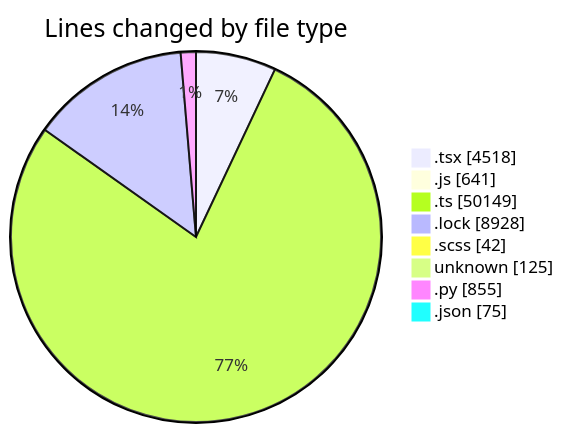
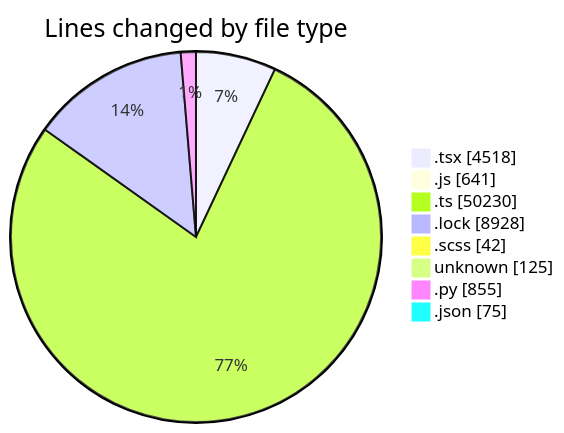
One commit to momahboobian/code-tracking changed the first of 2 diagrams in 2026-09-16/cda/README.md. Above: the diagram before and after it, drawn with Mermaid. The commit also changed other lines of this file and 1 other file, not shown here.

````diff
--- a/2026-09-16/cda/README.md
+++ b/2026-09-16/cda/README.md
@@ -80,12 +80,12 @@
 ```mermaid
 pie showData
 title Lines changed by file type
 ".tsx" : 4518
 ".js" : 641
-".ts" : 50149
+".ts" : 50230
 ".lock" : 8928
 ".scss" : 42
 "unknown" : 125
 ".py" : 855
 ".json" : 75
 ```
````
